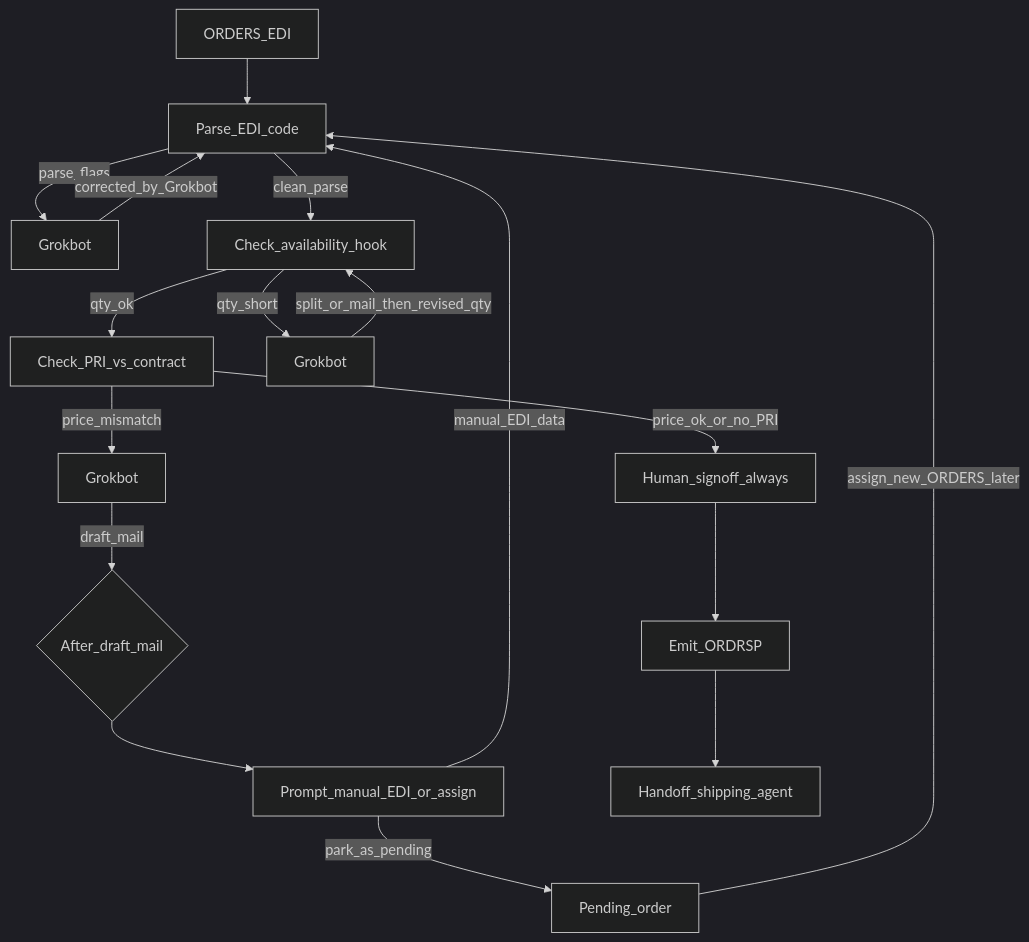
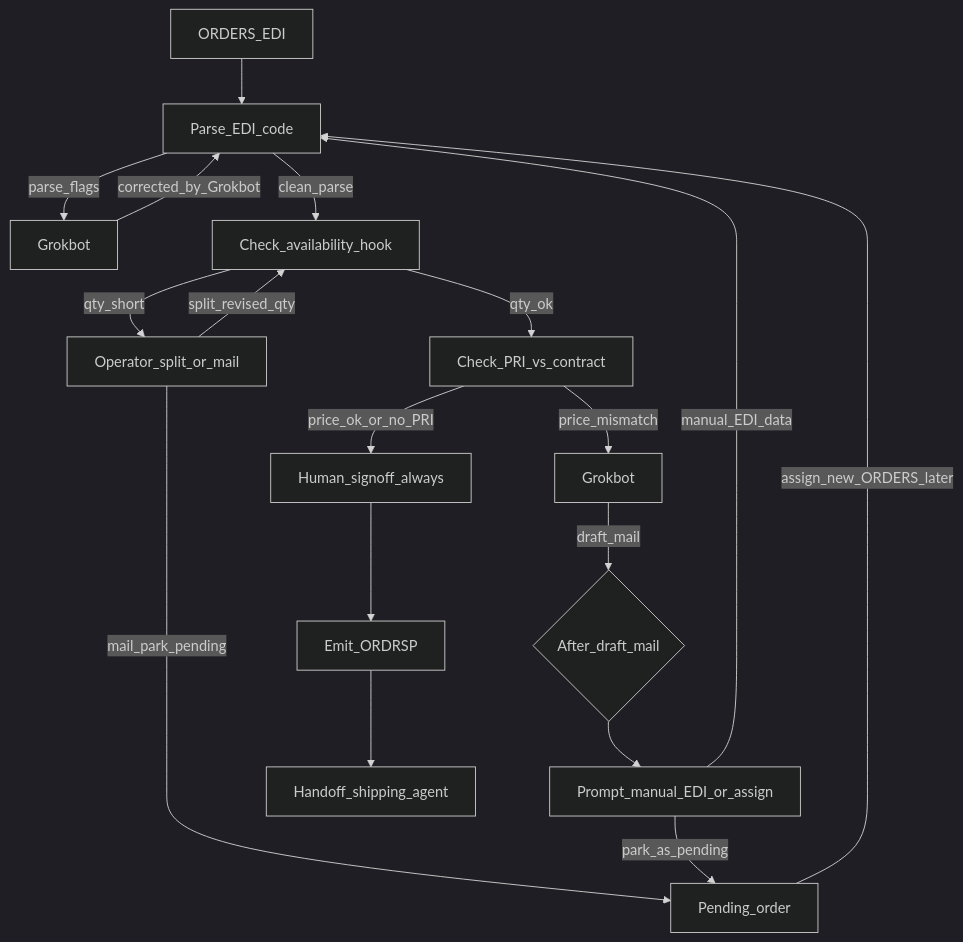
The diagram in order-dec.md (flavio-bernoni07/B.R.C-x-Grok), drawn with Mermaid (dark theme) before and after one commit. The commit also changed other lines of this file and 19 other files, not shown here.

````diff
--- a/order-dec.md
+++ b/order-dec.md
@@ -35,19 +35,20 @@
 ```mermaid
 flowchart TD
   inOrders[ORDERS_EDI] --> parse[Parse_EDI_code]
   parse -->|parse_flags| grokParse[Grokbot]
   grokParse -->|corrected_by_Grokbot| parse
   parse -->|clean_parse| stock[Check_availability_hook]
   stock -->|qty_ok| price[Check_PRI_vs_contract]
-  stock -->|qty_short| grokQty[Grokbot]
-  grokQty -->|split_or_mail_then_revised_qty| stock
+  stock -->|qty_short| qtyHuman[Operator_split_or_mail]
+  qtyHuman -->|split_revised_qty| stock
+  qtyHuman -->|mail_park_pending| pending
   price -->|price_ok_or_no_PRI| signoff[Human_signoff_always]
   price -->|price_mismatch| grokPrice[Grokbot]
   grokPrice -->|draft_mail| priceSplit{After_draft_mail}
   priceSplit --> priceHuman[Prompt_manual_EDI_or_assign]
   priceHuman -->|manual_EDI_data| parse
   priceHuman -->|park_as_pending| pending[Pending_order]
   pending -->|assign_new_ORDERS_later| parse
   signoff --> ordrsp[Emit_ORDRSP]
   ordrsp --> ship[Handoff_shipping_agent]
 ```
````
